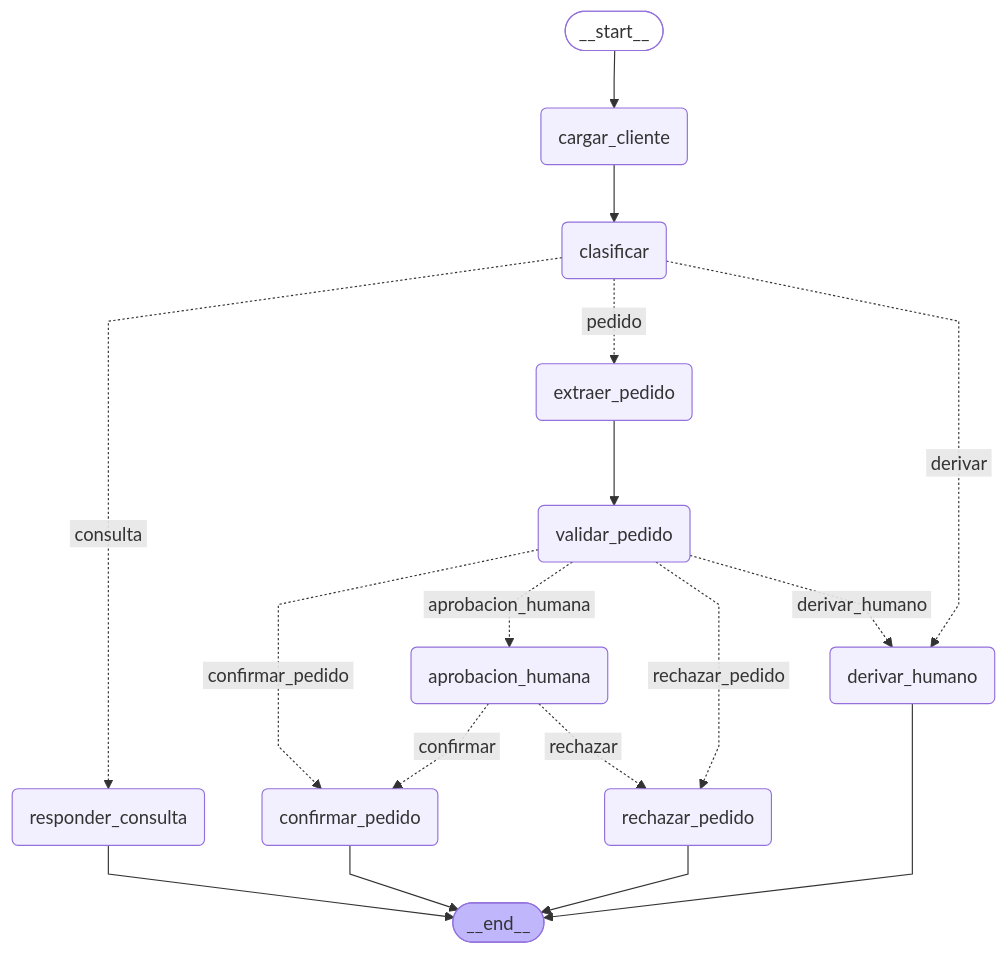
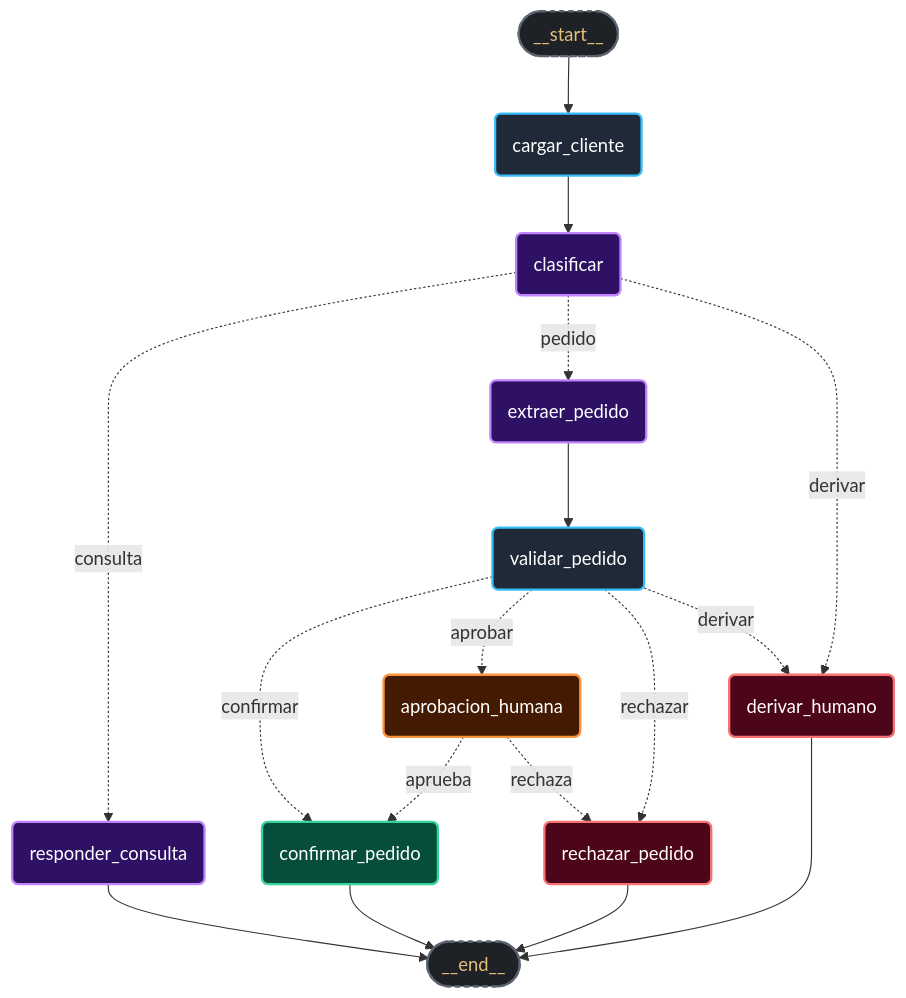
The diagram in README.md (mikefink22/Mesa-de-pedidos-resolucion), drawn with Mermaid before and after one commit. The commit also changed other lines of this file, not shown here.

Commit message:
docs: actualizar diagrama mermaid y tabla resumen en readme
corrige sintaxis de cabecera en bloque mermaid, incorpora clases semanticas de contraste compatibles con tema claro y oscuro, y anade tabla explicativa de los nueve nodos del grafo.

````diff
--- a/README.md
+++ b/README.md
@@ -26,38 +24,39 @@
 ```mermaid
----
-config:
-  flowchart:
-    curve: linear
----
-graph TD;
-	__start__([<p>__start__</p>]):::first
-	cargar_cliente(cargar_cliente)
-	clasificar(clasificar)
-	responder_consulta(responder_consulta)
-	extraer_pedido(extraer_pedido)
-	validar_pedido(validar_pedido)
-	aprobacion_humana(aprobacion_humana)
-	confirmar_pedido(confirmar_pedido)
-	rechazar_pedido(rechazar_pedido)
-	derivar_humano(derivar_humano)
-	__end__([<p>__end__</p>]):::last
-	__start__ --> cargar_cliente;
-	cargar_cliente --> clasificar;
-	extraer_pedido --> validar_pedido;
-	clasificar -. &nbsp;consulta&nbsp; .-> responder_consulta;
-	clasificar -. &nbsp;pedido&nbsp; .-> extraer_pedido;
-	clasificar -. &nbsp;derivar&nbsp; .-> derivar_humano;
-	validar_pedido -. &nbsp;confirmar_pedido&nbsp; .-> confirmar_pedido;
-	validar_pedido -. &nbsp;aprobacion_humana&nbsp; .-> aprobacion_humana;
-	validar_pedido -. &nbsp;rechazar_pedido&nbsp; .-> rechazar_pedido;
-	validar_pedido -. &nbsp;derivar_humano&nbsp; .-> derivar_humano;
-	aprobacion_humana -. &nbsp;confirmar&nbsp; .-> confirmar_pedido;
-	aprobacion_humana -. &nbsp;rechazar&nbsp; .-> rechazar_pedido;
-	responder_consulta --> __end__;
-	confirmar_pedido --> __end__;
-	rechazar_pedido --> __end__;
-	derivar_humano --> __end__;
-	classDef default fill:#f2f0ff,line-height:1.2
-	classDef first fill-opacity:0
-	classDef last fill:#bfb6fc
+graph TD
+	__start__([__start__]):::terminal
+	cargar_cliente(cargar_cliente):::nodo
+	clasificar(clasificar):::llm
+	responder_consulta(responder_consulta):::llm
+	extraer_pedido(extraer_pedido):::llm
+	validar_pedido(validar_pedido):::nodo
+	aprobacion_humana(aprobacion_humana):::hitl
+	confirmar_pedido(confirmar_pedido):::ok
+	rechazar_pedido(rechazar_pedido):::error
+	derivar_humano(derivar_humano):::error
+	__end__([__end__]):::terminal
+
+	__start__ --> cargar_cliente
+	cargar_cliente --> clasificar
+	clasificar -. consulta .-> responder_consulta
+	clasificar -. pedido .-> extraer_pedido
+	clasificar -. derivar .-> derivar_humano
+	extraer_pedido --> validar_pedido
+	validar_pedido -. confirmar .-> confirmar_pedido
+	validar_pedido -. aprobar .-> aprobacion_humana
+	validar_pedido -. rechazar .-> rechazar_pedido
+	validar_pedido -. derivar .-> derivar_humano
+	aprobacion_humana -. aprueba .-> confirmar_pedido
+	aprobacion_humana -. rechaza .-> rechazar_pedido
+	responder_consulta --> __end__
+	confirmar_pedido --> __end__
+	rechazar_pedido --> __end__
+	derivar_humano --> __end__
+
+	classDef default fill:#21252b,stroke:#abb2bf,stroke-width:1.5px,color:#ffffff
+	classDef terminal fill:#1e2227,stroke:#5c6370,stroke-width:2px,stroke-dasharray: 4 4,color:#e5c07b
+	classDef nodo fill:#1f2937,stroke:#38bdf8,stroke-width:2px,color:#ffffff
+	classDef llm fill:#2e1065,stroke:#c084fc,stroke-width:2px,color:#ffffff
+	classDef hitl fill:#451a03,stroke:#fb923c,stroke-width:2px,color:#ffffff
+	classDef ok fill:#064e3b,stroke:#34d399,stroke-width:2px,color:#ffffff
+	classDef error fill:#4c0519,stroke:#f87171,stroke-width:2px,color:#ffffff
 ```
````
